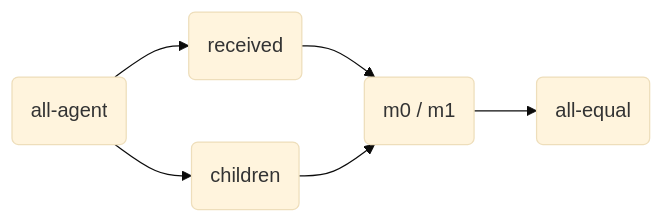
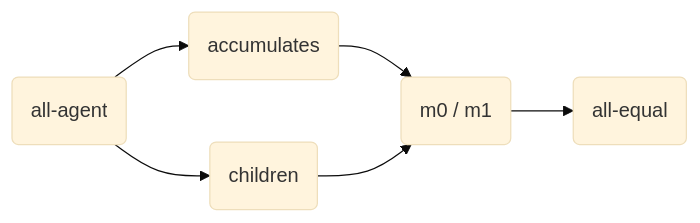
The second of 4 diagrams in docs/ccs_example.md (julianmendez/tiles), drawn with Mermaid (base theme) before and after one commit. The commit also changed other lines of this file and 2 other files, not shown here.

````diff
--- a/docs/ccs_example.md
+++ b/docs/ccs_example.md
@@ -109,8 +109,8 @@
 ```mermaid
 graph LR
-  all-agent(all-agent) --> received
+  all-agent(all-agent) --> accumulates
   all-agent --> children
-  received(received) --> m0/m1
-  children(children) --> m0/m1
-  m0/m1(m0 / m1) --> all-equal(all-equal)
+  accumulates(accumulates) --> map-m0/m1
+  children(children) --> map-m0/m1
+  map-m0/m1(m0 / m1) --> all-equal(all-equal)
 ```
````
